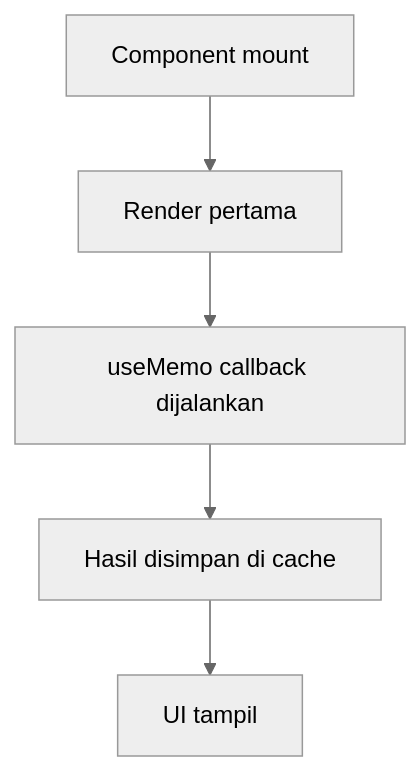
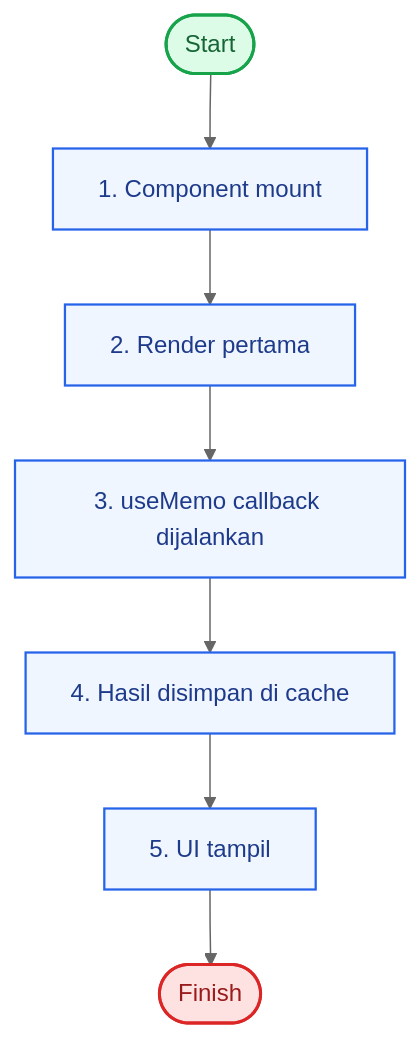
The second of 4 diagrams in doc/function-usememo-guide.md (seftronics/react-basic), drawn with Mermaid (neutral theme) before and after one commit. The commit also changed other lines of this file and 8 other files, not shown here.

````diff
--- a/doc/function-usememo-guide.md
+++ b/doc/function-usememo-guide.md
@@ -29,7 +36,14 @@
 ```mermaid
 flowchart TD
-    A[Component mount] --> B[Render pertama]
-    B --> C[useMemo callback dijalankan]
-    C --> D[Hasil disimpan di cache]
-    D --> E[UI tampil]
+    S([Start]) --> A[1. Component mount]
+    A --> B[2. Render pertama]
+    B --> C[3. useMemo callback dijalankan]
+    C --> D[4. Hasil disimpan di cache]
+    D --> E[5. UI tampil]
+    E --> Z([Finish])
+    classDef default fill:#eff6ff,stroke:#2563eb,stroke-width:1.5px,color:#1e3a8a;
+    classDef start fill:#dcfce7,stroke:#16a34a,stroke-width:2px,color:#166534;
+    classDef finish fill:#fee2e2,stroke:#dc2626,stroke-width:2px,color:#991b1b;
+    class S start;
+    class Z finish;
 ```
````
